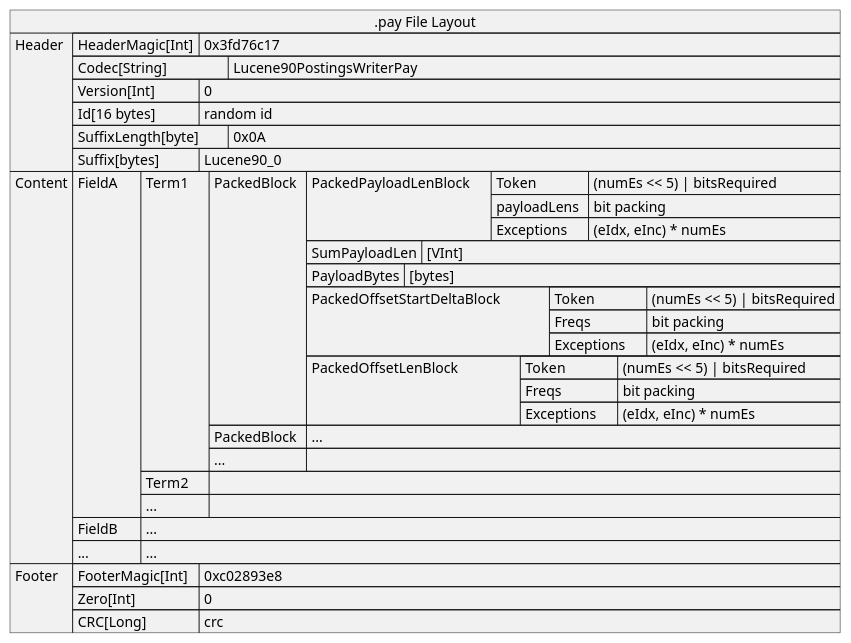
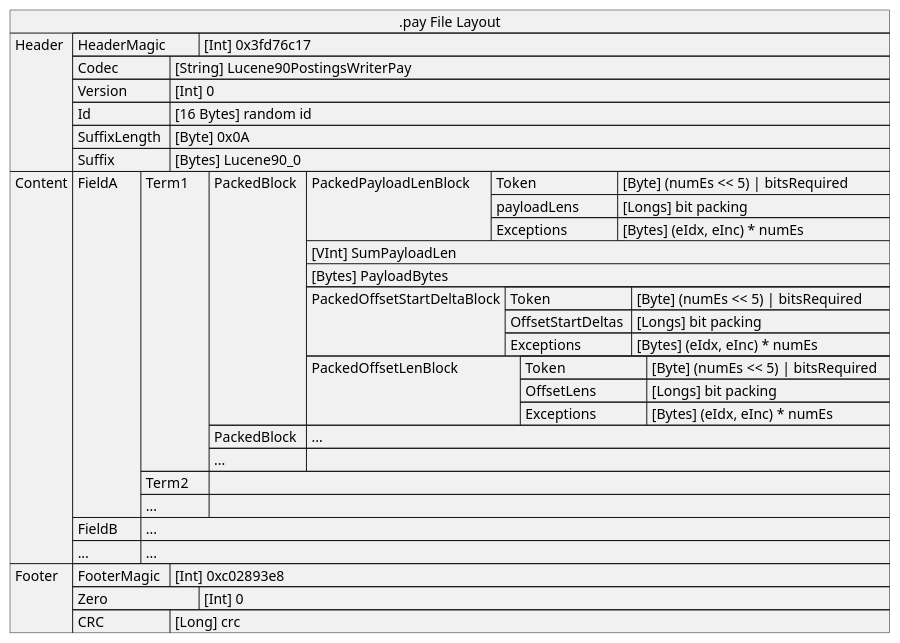
One commit to big-peter/lucene changed the diagram in uml/03.pay.puml. Above: the diagram before and after it, drawn with PlantUML. The commit also changed 5 other files, not shown here.

```diff
--- a/uml/03.pay.puml
+++ b/uml/03.pay.puml
@@ -4,48 +4,48 @@
 @startuml
 json ".pay File Layout" as J {
    "Header":[
-      {"HeaderMagic[Int]\t": "0x3fd76c17"},
-      {"Codec[String]\t\t": "Lucene90PostingsWriterPay"},
-      {"Version[Int]\t\t": "0"},
-      {"Id[16 bytes]\t\t": "random id"},
-      {"SuffixLength[byte]\t": "0x0A"},
-      {"Suffix[bytes]\t\t": "Lucene90_0"}
+      {"HeaderMagic\t": "[Int] 0x3fd76c17"},
+      {"Codec\t\t": "[String] Lucene90PostingsWriterPay"},
+      {"Version\t\t": "[Int] 0"},
+      {"Id\t\t\t": "[16 Bytes] random id"},
+      {"SuffixLength\t": "[Byte] 0x0A"},
+      {"Suffix\t\t": "[Bytes] Lucene90_0"}
    ],
    "Content":[
     {"FieldA\t": [
       {"Term1\t": [
          {"PackedBlock\t":[
             {"PackedPayloadLenBlock\t":[
-               {"Token\t\t": "(numEs << 5) | bitsRequired"},
-               {"payloadLens\t": "bit packing"},
-               {"Exceptions\t": "(eIdx, eInc) * numEs"}
+               {"Token\t\t\t": "[Byte] (numEs << 5) | bitsRequired\t"},
+               {"payloadLens\t\t": "[Longs] bit packing"},
+               {"Exceptions\t\t": "[Bytes] (eIdx, eInc) * numEs"}
             ]},
-            {"SumPayloadLen": "[VInt]"},
-            {"PayloadBytes": "[bytes]"},
-            {"PackedOffsetStartDeltaBlock\t\t":[
-              {"Token\t\t": "(numEs << 5) | bitsRequired"},
-              {"Freqs\t\t": "bit packing"},
-              {"Exceptions\t": "(eIdx, eInc) * numEs"}
+            "[VInt] SumPayloadLen",
+            "[Bytes] PayloadBytes",
+            {"PackedOffsetStartDeltaBlock":[
+              {"Token\t\t\t": "[Byte] (numEs << 5) | bitsRequired\t"},
+              {"OffsetStartDeltas\t": "[Longs] bit packing"},
+              {"Exceptions\t\t": "[Bytes] (eIdx, eInc) * numEs"}
             ]},
             {"PackedOffsetLenBlock\t\t":[
-              {"Token\t\t": "(numEs << 5) | bitsRequired"},
-              {"Freqs\t\t": "bit packing"},
-              {"Exceptions\t": "(eIdx, eInc) * numEs"}
+              {"Token\t\t\t": "[Byte] (numEs << 5) | bitsRequired\t"},
+              {"OffsetLens\t\t": "[Longs] bit packing"},
+              {"Exceptions\t\t": "[Bytes] (eIdx, eInc) * numEs"}
             ]}
          ]},
          {"PackedBlock\t":["..."]},
          {"...\t\t\t":[]}
       ]},
       {"Term2\t": []},
       {"...\t\t": []}
     ]},
     {"FieldB\t":["..."]},
     {"...\t\t":["..."]}
    ],
    "Footer":[
-      {"FooterMagic[Int]\t": "0xc02893e8"},
-      {"Zero[Int]\t\t\t": "0"},
-      {"CRC[Long]\t\t": "crc"}
+      {"FooterMagic\t": "[Int] 0xc02893e8"},
+      {"Zero\t\t\t": "[Int] 0"},
+      {"CRC\t\t\t": "[Long] crc"}
    ]
 }
 @enduml
```
